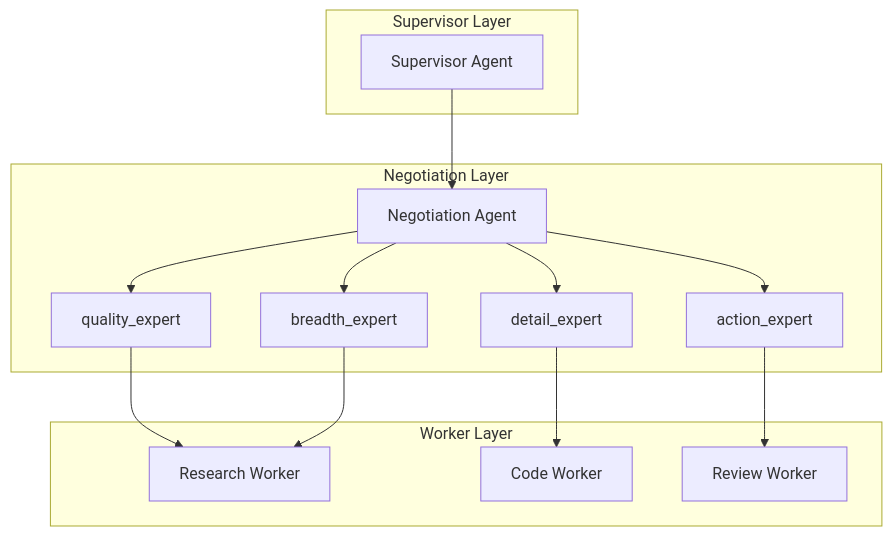
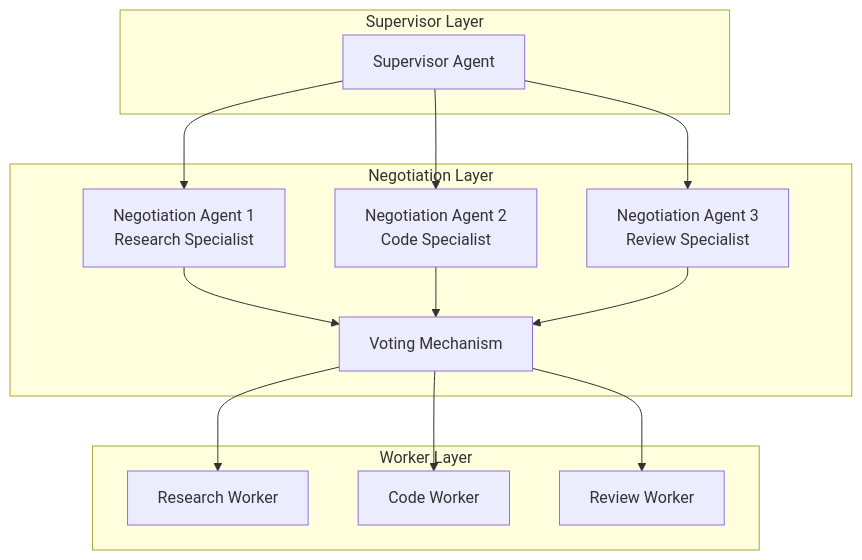
The diagram in README.md (xiangbianpangde/mas-evolution-test), drawn with Mermaid before and after one commit. The commit also changed other lines of this file, not shown here.

Commit message:
[v3.0] [Score: 97.0] Gen300 Multi-Agent Negotiation - 90 gen score breakthrough!

````diff
--- a/README.md
+++ b/README.md
@@ -39,30 +17,29 @@
 ```mermaid
 graph TB
     subgraph "Supervisor Layer"
         S[Supervisor Agent]
     end
     
     subgraph "Negotiation Layer"
-        N[Negotiation Agent]
-        Q1[quality_expert]
-        Q2[breadth_expert]
-        Q3[detail_expert]
-        Q4[action_expert]
+        N1[Negotiation Agent 1<br/>Research Specialist]
+        N2[Negotiation Agent 2<br/>Code Specialist]
+        N3[Negotiation Agent 3<br/>Review Specialist]
+        V[Voting Mechanism]
     end
     
     subgraph "Worker Layer"
         W1[Research Worker]
         W2[Code Worker]
         W3[Review Worker]
     end
     
-    S --> N
-    N --> Q1
-    N --> Q2
-    N --> Q3
-    N --> Q4
-    Q1 --> W1
-    Q2 --> W1
-    Q3 --> W2
-    Q4 --> W3
+    S --> N1
+    S --> N2
+    S --> N3
+    N1 --> V
+    N2 --> V
+    N3 --> V
+    V --> W1
+    V --> W2
+    V --> W3
 ```
````
